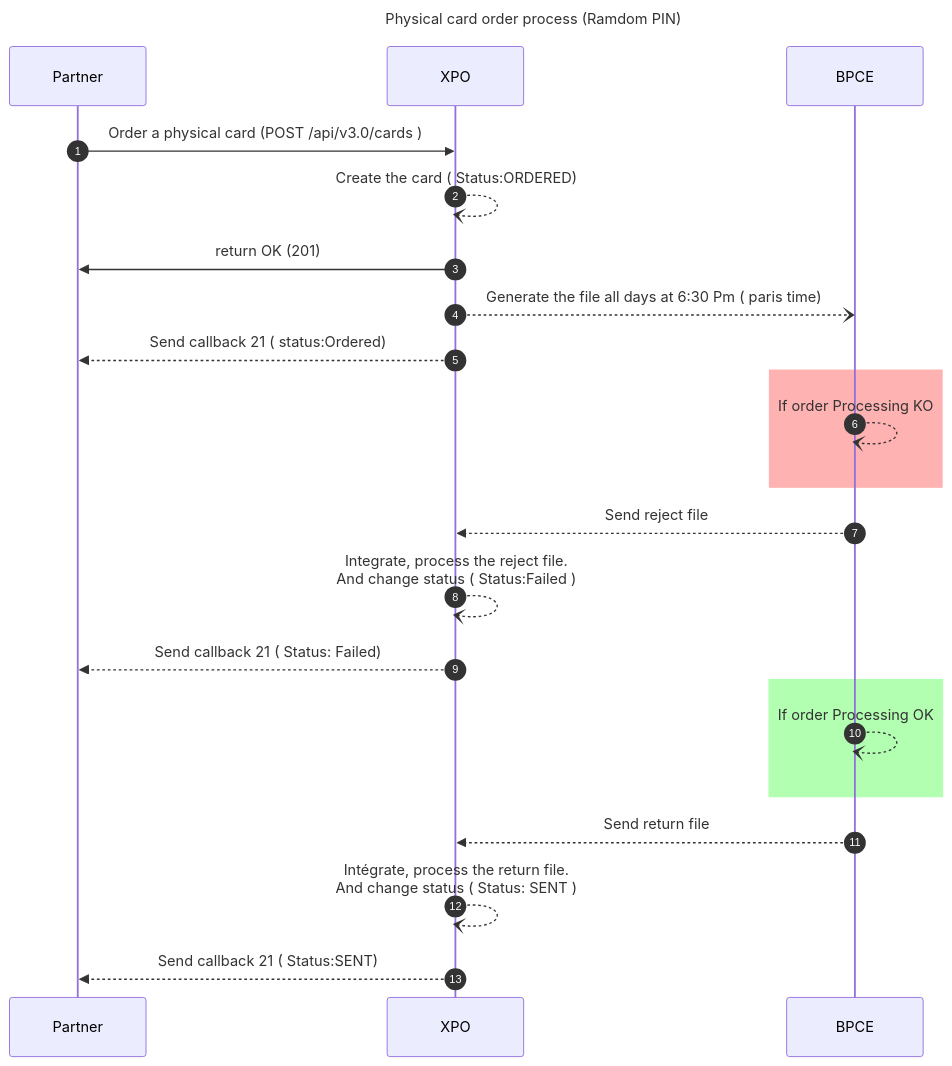
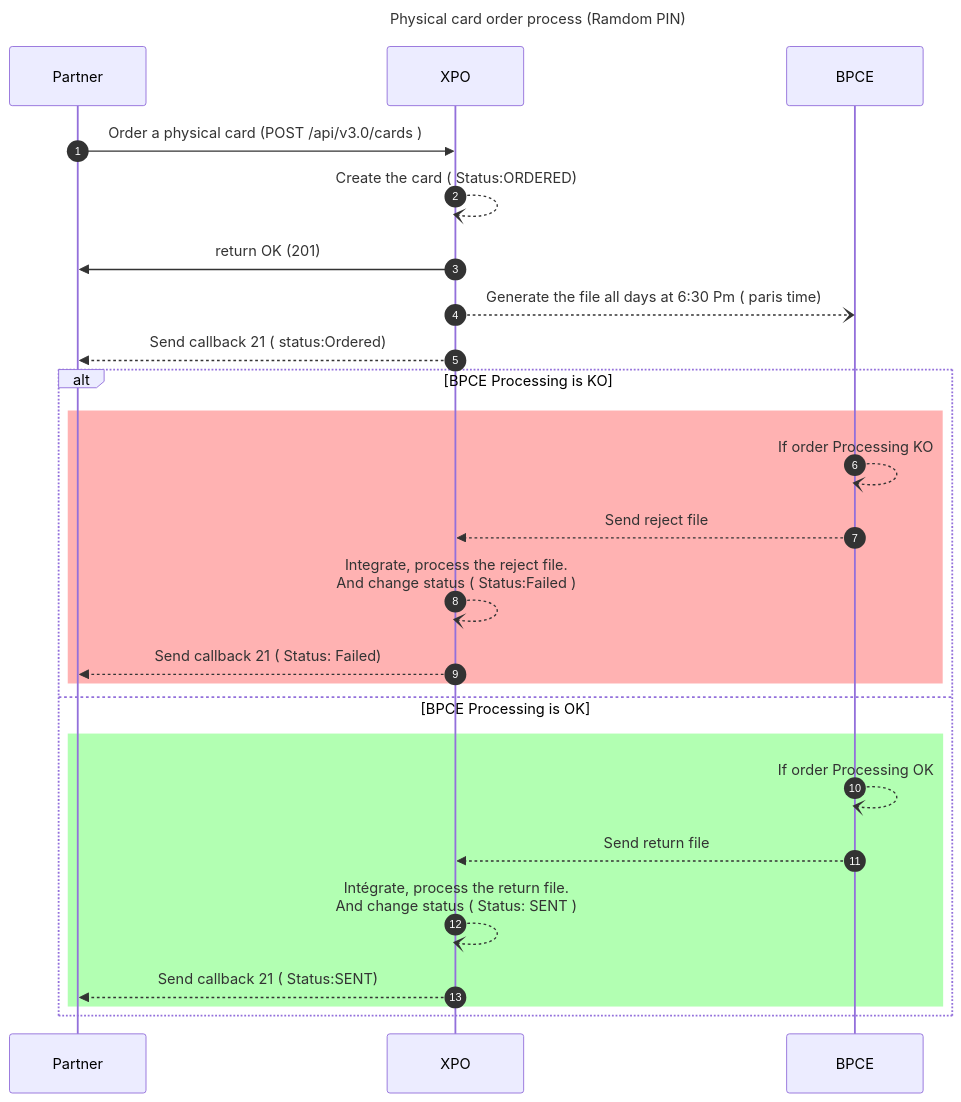
Before and after one commit to pomme-clic/s-money-documentation: the first of 7 diagrams in docs/usecases/cards/issuing/CardsIssuing.md, drawn with Mermaid. The commit also changed other lines of this file and 4 other files, not shown here.

````diff
--- a/docs/usecases/cards/issuing/CardsIssuing.md
+++ b/docs/usecases/cards/issuing/CardsIssuing.md
@@ -17,30 +17,30 @@
 ```mermaid
 sequenceDiagram
 Title: Physical card order process (Ramdom PIN)
 autoNumber
 Participant Partner
 Participant XPO
 Participant BPCE
 
 Partner ->> XPO : Order a physical card (POST /api/v3.0/cards )
 XPO --) XPO : Create the card ( Status:ORDERED)
 XPO ->> Partner :return OK (201)
 XPO --) BPCE : Generate the file all days at 6:30 Pm ( paris time)
 XPO -->> Partner : Send callback 21 ( status:Ordered)
-
+Alt BPCE Processing is KO
+%%note over BPCE: BPCE Processing is KO
 rect rgb(255, 0, 0, 0.3)
 BPCE --) BPCE : If order Processing KO
-end
-
 BPCE -->> XPO : Send reject file
 XPO --) XPO : Integrate, process the reject file. <br/> And change status ( Status:Failed )
 XPO -->> Partner : Send callback 21 ( Status: Failed)
-
+	end
+else BPCE Processing is OK
 rect rgb(0, 255, 0, 0.3)
 	BPCE --) BPCE :  If order Processing OK 
-end
-
 BPCE -->> XPO : Send return file
 XPO --) XPO : Intégrate, process the return file. <br/> And change status ( Status: SENT )
 XPO -->> Partner : Send callback 21 ( Status:SENT)
+end
+end
 ```
````
